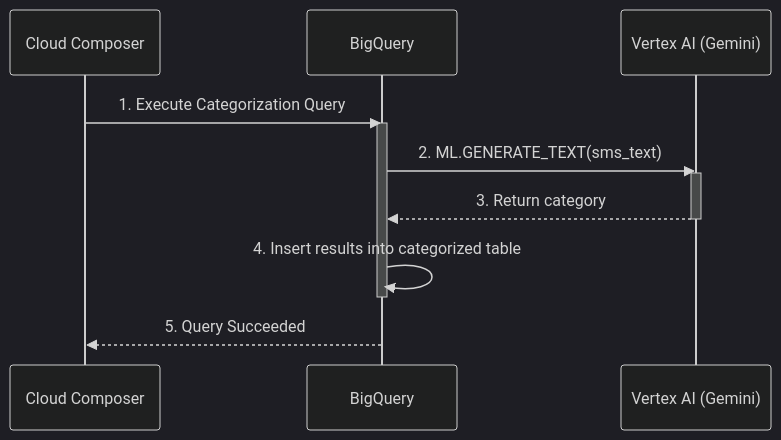
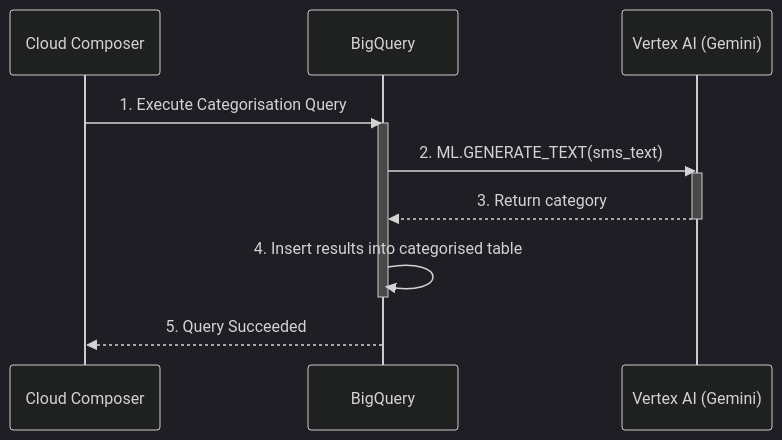
One commit to sandipdatta/diagrams changed the second of 4 diagrams in README.md. Above: the diagram before and after it, drawn with Mermaid (dark theme). The commit also changed other lines of this file, not shown here.

````diff
--- a/README.md
+++ b/README.md
@@ -56,16 +56,16 @@
 ```mermaid
 sequenceDiagram
     participant C as Cloud Composer
     participant BQ as BigQuery
     participant VAI as Vertex AI (Gemini)
 
-    C->>BQ: 1. Execute Categorization Query
+    C->>BQ: 1. Execute Categorisation Query
     activate BQ
     BQ->>VAI: 2. ML.GENERATE_TEXT(sms_text)
     activate VAI
     VAI-->>BQ: 3. Return category
     deactivate VAI
-    BQ->>BQ: 4. Insert results into categorized table
+    BQ->>BQ: 4. Insert results into categorised table
     deactivate BQ
     BQ-->>C: 5. Query Succeeded
 ```
````
